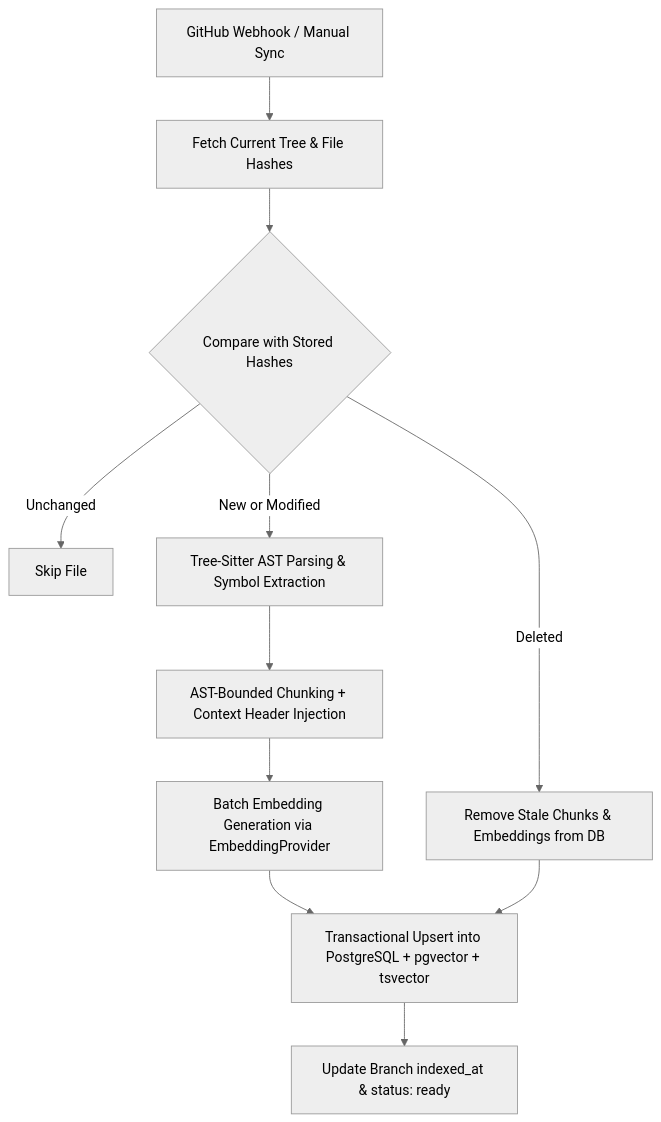
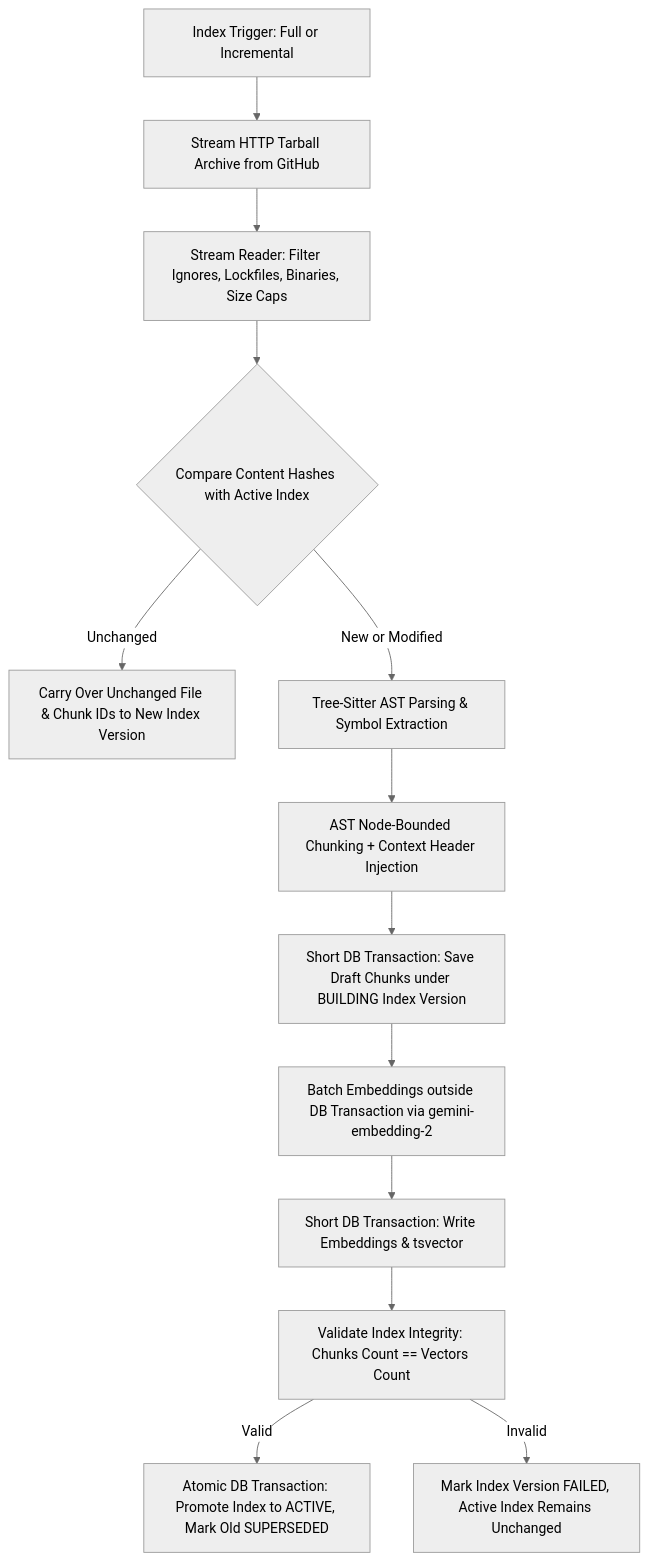
One commit to arth2004/ForgeAI changed the third of 3 diagrams in docs/architecture.md. Above: the diagram before and after it, drawn with Mermaid (neutral theme). The commit also changed other lines of this file and 2 other files, not shown here.

Commit message:
docs(phase-3): update Phase 3 architecture with atomic index versioning, gemini-embedding-2, and streaming ingestion

````diff
--- a/docs/architecture.md
+++ b/docs/architecture.md
@@ -273,15 +247,19 @@
 ```mermaid
 flowchart TD
-    Trigger[GitHub Webhook / Manual Sync] --> FetchTree[Fetch Current Tree & File Hashes]
-    FetchTree --> DiffHashes{Compare with Stored Hashes}
+    Trigger[Index Trigger: Full or Incremental] --> StreamTarball[Stream HTTP Tarball Archive from GitHub]
+    StreamTarball --> StreamFilter[Stream Reader: Filter Ignores, Lockfiles, Binaries, Size Caps]
+    StreamFilter --> DiffHashes{Compare Content Hashes with Active Index}
     
-    DiffHashes -->|Unchanged| Skip[Skip File]
-    DiffHashes -->|Deleted| DeleteChunks[Remove Stale Chunks & Embeddings from DB]
+    DiffHashes -->|Unchanged| Reassign[Carry Over Unchanged File & Chunk IDs to New Index Version]
     DiffHashes -->|New or Modified| Parse[Tree-Sitter AST Parsing & Symbol Extraction]
     
-    Parse --> Chunk[AST-Bounded Chunking + Context Header Injection]
-    Chunk --> Embed[Batch Embedding Generation via EmbeddingProvider]
-    Embed --> Upsert[Transactional Upsert into PostgreSQL + pgvector + tsvector]
-    DeleteChunks --> Upsert
-    Upsert --> Ready[Update Branch indexed_at & status: ready]
+    Parse --> Chunk[AST Node-Bounded Chunking + Context Header Injection]
+    Chunk --> PersistDraft[Short DB Transaction: Save Draft Chunks under BUILDING Index Version]
+    
+    PersistDraft --> BatchEmbed[Batch Embeddings outside DB Transaction via gemini-embedding-2]
+    BatchEmbed --> PersistVectors[Short DB Transaction: Write Embeddings & tsvector]
+    
+    PersistVectors --> Validate[Validate Index Integrity: Chunks Count == Vectors Count]
+    Validate -->|Valid| Promote[Atomic DB Transaction: Promote Index to ACTIVE, Mark Old SUPERSEDED]
+    Validate -->|Invalid| Abort[Mark Index Version FAILED, Active Index Remains Unchanged]
 ```
````
